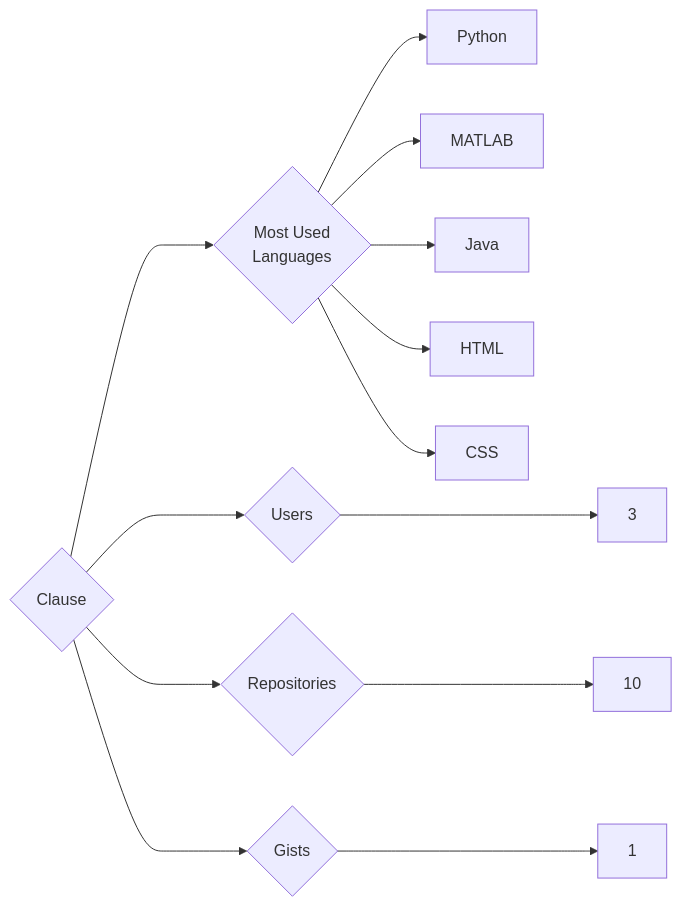
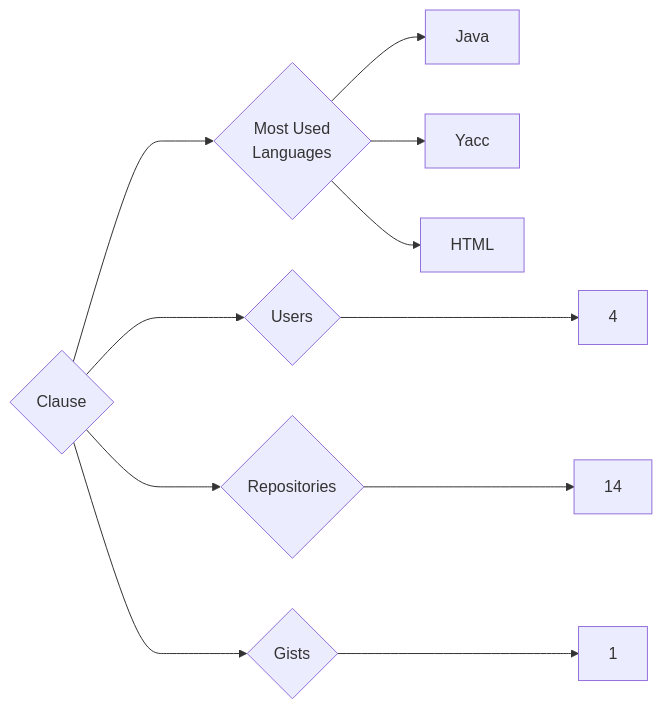
Before and after one commit to trickest/insiders: the diagram in targets/Clause/README.md, drawn with Mermaid. The commit also changed 993 other files, not shown here.

````diff
--- a/targets/Clause/README.md
+++ b/targets/Clause/README.md
@@ -3,13 +3,11 @@
 ```mermaid
 graph LR
 COMPANY_NAME{Clause}
-COMPANY_NAME ---> U{Users} ---> UN[3]
-COMPANY_NAME ---> R{Repositories} ---> RN[10]
+COMPANY_NAME ---> U{Users} ---> UN[4]
+COMPANY_NAME ---> R{Repositories} ---> RN[14]
 COMPANY_NAME ---> G{Gists} ---> GN[1]
 COMPANY_NAME ---> ML{Most Used<br>Languages}
-ML --> Python[Python]
-ML --> MATLAB[MATLAB]
 ML --> Java[Java]
+ML --> Yacc[Yacc]
 ML --> HTML[HTML]
-ML --> CSS[CSS]
 ```
````
